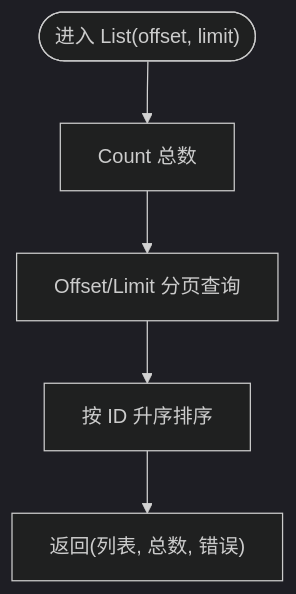
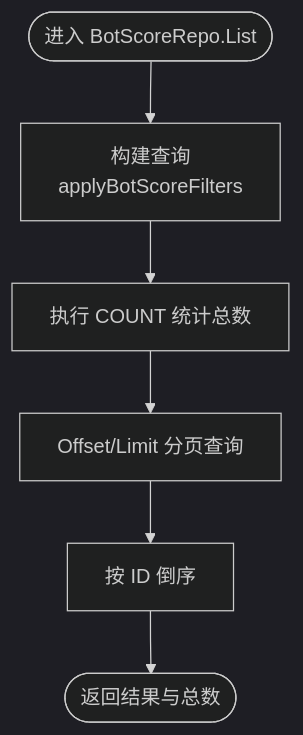
One commit to x01n/My-OpenWaf changed the third of 7 diagrams in docs/数据存储层/数据访问层设计.md. Above: the diagram before and after it, drawn with Mermaid (dark theme). The commit also changed other lines of this file and 199 other files, not shown here.

````diff
--- a/docs/数据存储层/数据访问层设计.md
+++ b/docs/数据存储层/数据访问层设计.md
@@ -229,7 +157,8 @@
 ```mermaid
 flowchart TD
-Start(["进入 List(offset, limit)"]) --> Count["Count 总数"]
-Count --> Query["Offset/Limit 分页查询"]
-Query --> Order["按 ID 升序排序"]
-Order --> Return["返回(列表, 总数, 错误)"]
+Start(["进入 BotScoreRepo.List"]) --> BuildQ["构建查询<br/>applyBotScoreFilters"]
+BuildQ --> Count["执行 COUNT 统计总数"]
+Count --> Fetch["Offset/Limit 分页查询"]
+Fetch --> Order["按 ID 倒序"]
+Order --> End(["返回结果与总数"])
 ```
````
